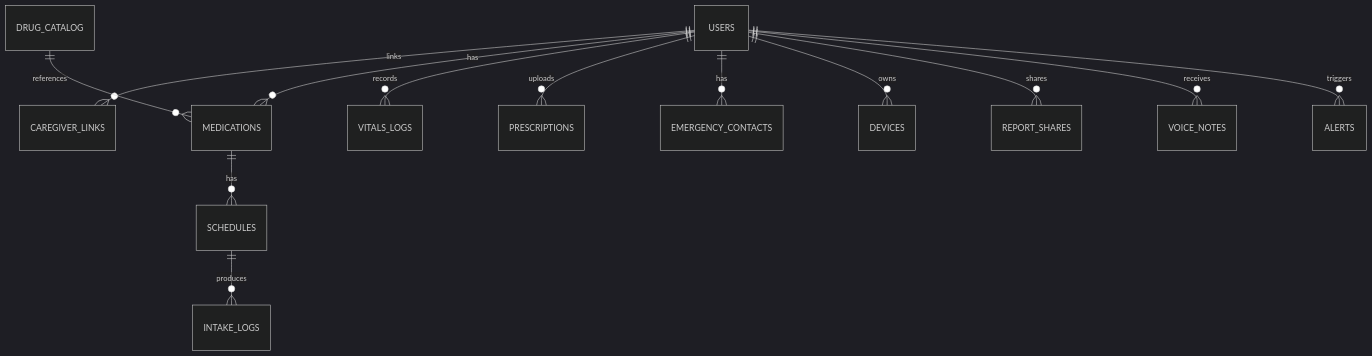
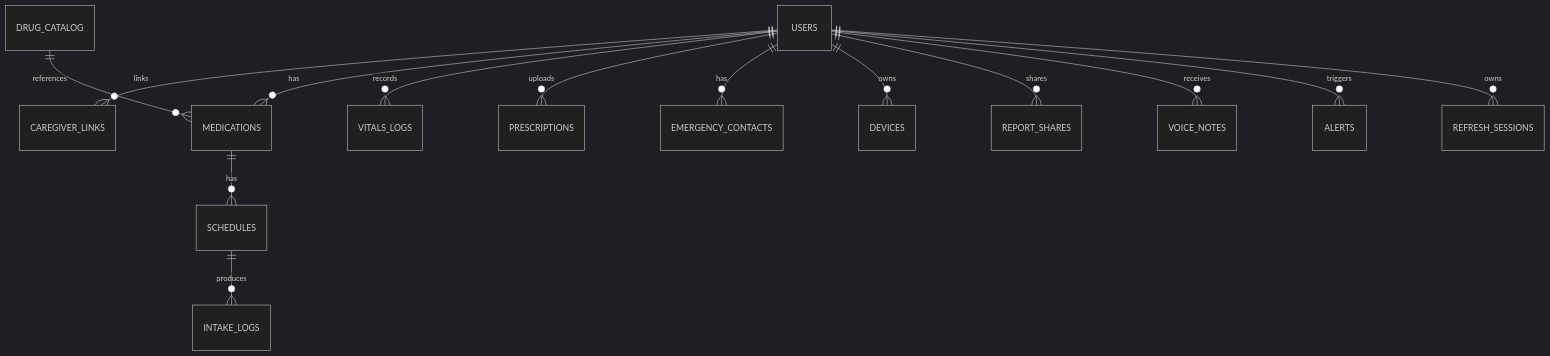
The diagram in docs/DATABASE.md (Youseefee/Medliva), drawn with Mermaid (dark theme) before and after one commit. The commit also changed other lines of this file and 77 other files, not shown here.

````diff
--- a/docs/DATABASE.md
+++ b/docs/DATABASE.md
@@ -6,15 +6,16 @@
 ```mermaid
 erDiagram
   USERS ||--o{ CAREGIVER_LINKS : links
   USERS ||--o{ MEDICATIONS : has
   MEDICATIONS ||--o{ SCHEDULES : has
   SCHEDULES ||--o{ INTAKE_LOGS : produces
   USERS ||--o{ VITALS_LOGS : records
   USERS ||--o{ PRESCRIPTIONS : uploads
   USERS ||--o{ EMERGENCY_CONTACTS : has
   USERS ||--o{ DEVICES : owns
   USERS ||--o{ REPORT_SHARES : shares
   USERS ||--o{ VOICE_NOTES : receives
   USERS ||--o{ ALERTS : triggers
+  USERS ||--o{ REFRESH_SESSIONS : owns
   DRUG_CATALOG ||--o{ MEDICATIONS : references
 ```
````
